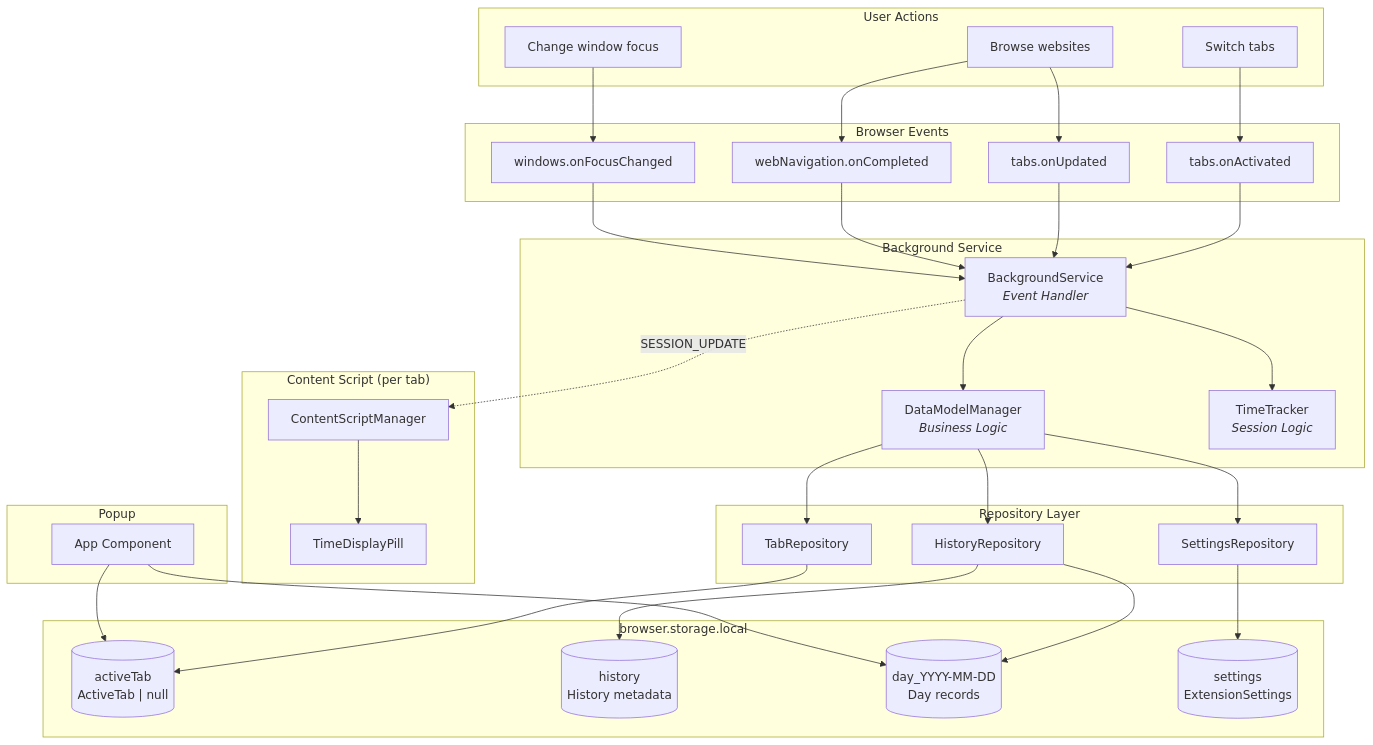
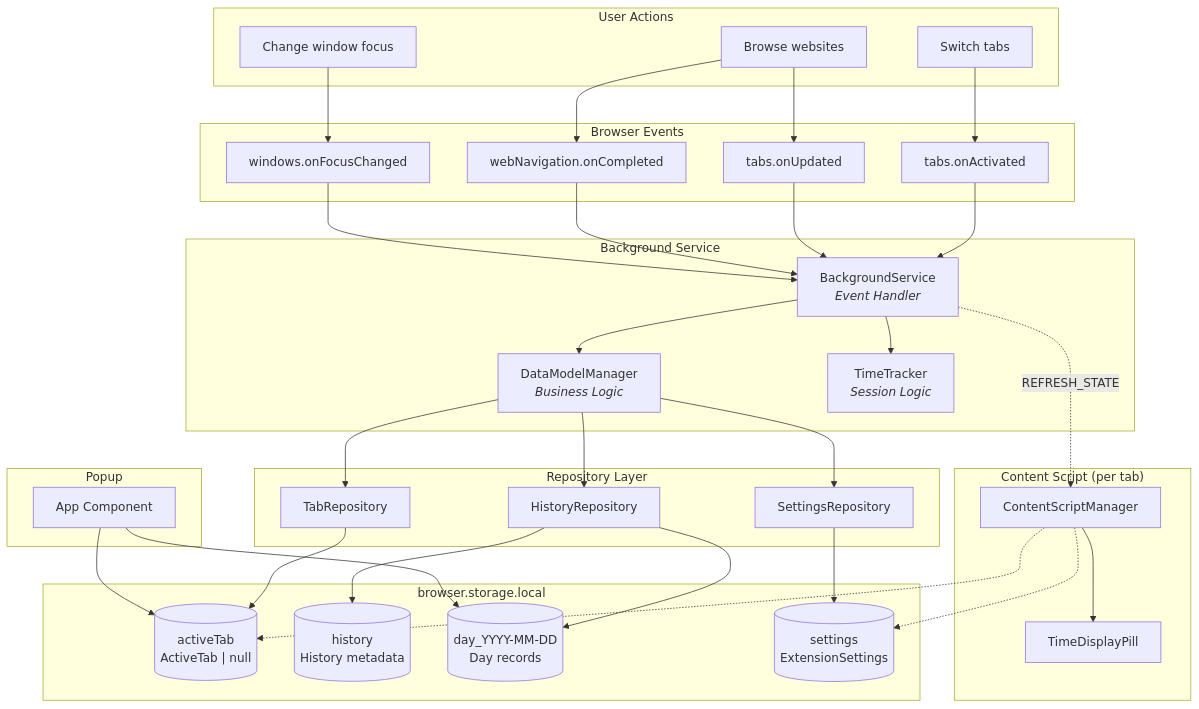
Before and after one commit to JayDosunmu/web-time-tracker: the first of 11 diagrams in docs/architecture-dataflow.md, drawn with Mermaid. The commit also changed other lines of this file and 4 other files, not shown here.

Commit message:
Update architecture documentation

````diff
--- a/docs/architecture-dataflow.md
+++ b/docs/architecture-dataflow.md
@@ -7,76 +7,80 @@
 ```mermaid
 flowchart TD
     subgraph User["User Actions"]
         browse["Browse websites"]
         switch["Switch tabs"]
         focus["Change window focus"]
     end
 
     subgraph Browser["Browser Events"]
         tabActivated["tabs.onActivated"]
         tabUpdated["tabs.onUpdated"]
         navCompleted["webNavigation.onCompleted"]
         winFocus["windows.onFocusChanged"]
     end
 
     subgraph Background["Background Service"]
         BS["BackgroundService<br/><i>Event Handler</i>"]
         DMM["DataModelManager<br/><i>Business Logic</i>"]
         TT["TimeTracker<br/><i>Session Logic</i>"]
     end
 
     subgraph Repositories["Repository Layer"]
         HR["HistoryRepository"]
         TR["TabRepository"]
         SR["SettingsRepository"]
     end
 
     subgraph Storage["browser.storage.local"]
         activeTab[("activeTab<br/>ActiveTab | null")]
         history[("history<br/>History metadata")]
         dayRecords[("day_YYYY-MM-DD<br/>Day records")]
         settings[("settings<br/>ExtensionSettings")]
     end
 
     subgraph Content["Content Script (per tab)"]
         CSM["ContentScriptManager"]
         TDP["TimeDisplayPill"]
     end
 
     subgraph Popup["Popup"]
         APP["App Component"]
     end
 
     %% User triggers browser events
     browse --> tabUpdated
     browse --> navCompleted
     switch --> tabActivated
     focus --> winFocus
 
     %% Browser events flow to BackgroundService
     tabActivated --> BS
     tabUpdated --> BS
     navCompleted --> BS
     winFocus --> BS
 
     %% Background processes events
     BS --> DMM
     BS --> TT
     DMM --> HR
     DMM --> TR
     DMM --> SR
 
     %% Repository to Storage operations
     HR --> history
     HR --> dayRecords
     TR --> activeTab
     SR --> settings
 
-    %% Session updates broadcast to content scripts
-    BS -.->|"SESSION_UPDATE"| CSM
+    %% Session updates signal to content scripts
+    BS -.->|"REFRESH_STATE"| CSM
     CSM --> TDP
+
+    %% Content script direct storage access
+    CSM -.-> activeTab
+    CSM -.-> settings
 
     %% Popup reads storage directly
     APP --> activeTab
     APP --> dayRecords
 ```
````
